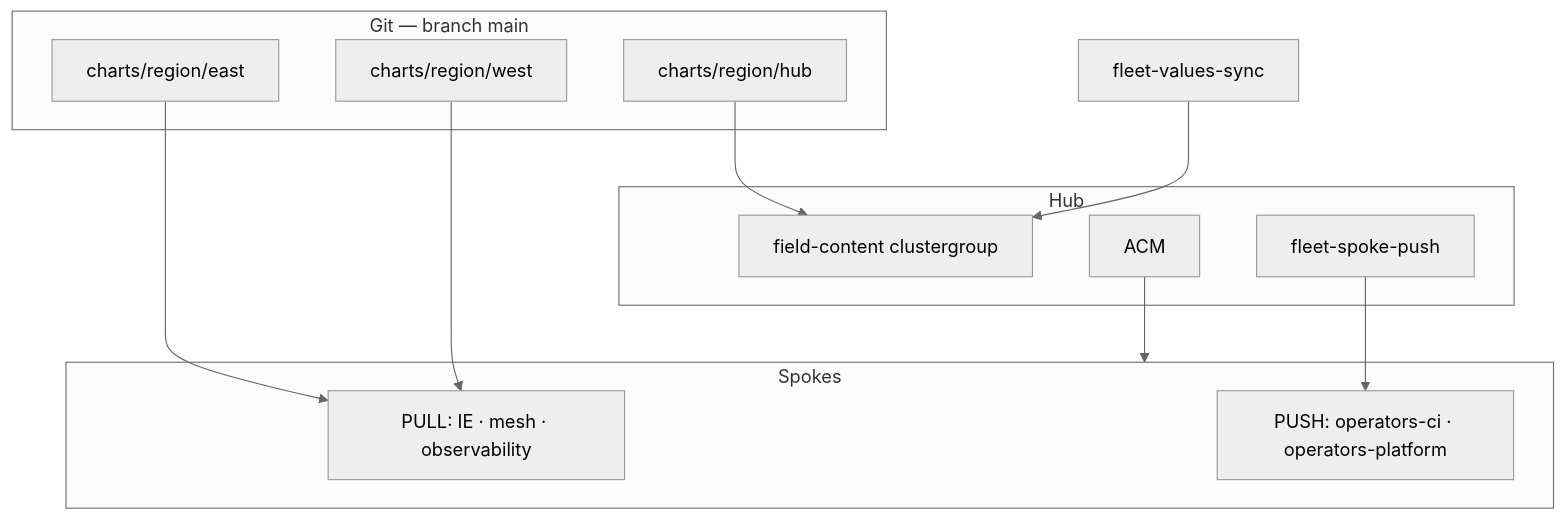
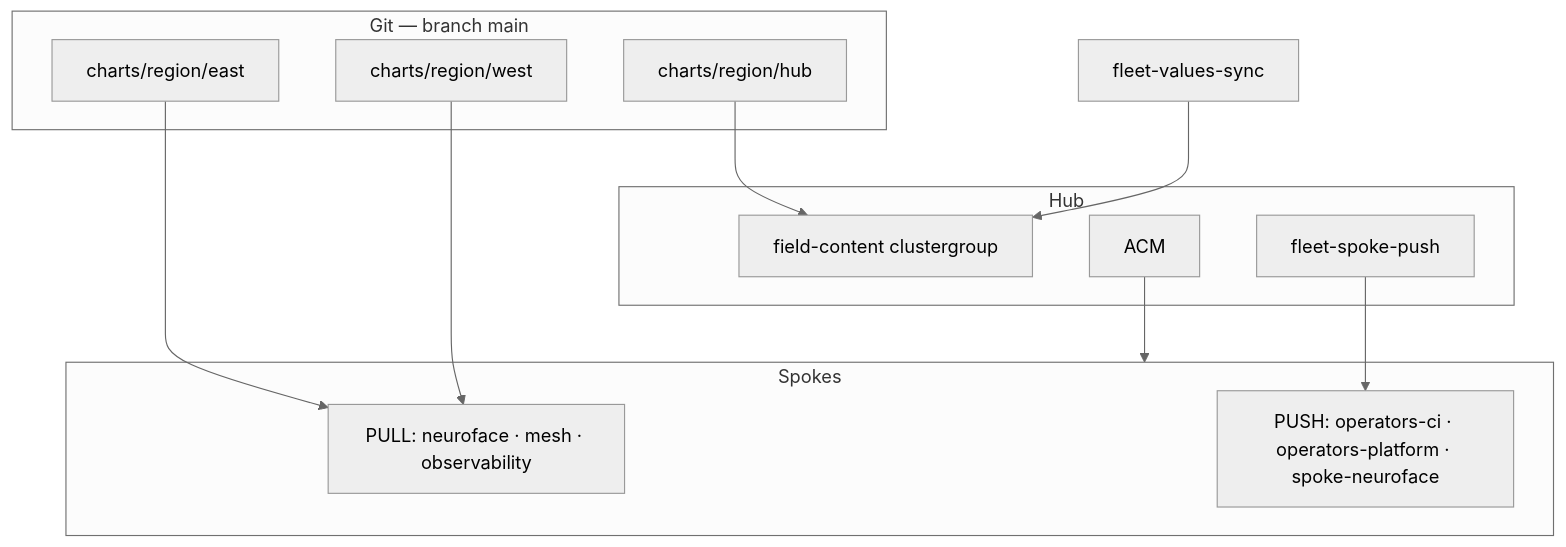
The diagram in README.md (maximilianoPizarro/hybrid-mesh-platform), drawn with Mermaid (neutral theme) before and after one commit. The commit also changed other lines of this file and 16 other files, not shown here.

````diff
--- a/README.md
+++ b/README.md
@@ -31,23 +32,23 @@
 ```mermaid
 flowchart TB
   subgraph git["Git — branch main"]
     H["charts/region/hub"]
     E["charts/region/east"]
     W["charts/region/west"]
   end
   subgraph hub["Hub"]
     FC[field-content clustergroup]
     AS[fleet-spoke-push]
     ACM[ACM]
   end
   subgraph spokes["Spokes"]
-    PULL[PULL: IE · mesh · observability]
-    PUSH[PUSH: operators-ci · operators-platform]
+    PULL[PULL: neuroface · mesh · observability]
+    PUSH[PUSH: operators-ci · operators-platform · spoke-neuroface]
   end
   H --> FC
   E --> PULL
   W --> PULL
   AS --> PUSH
   ACM --> spokes
   FVS[fleet-values-sync] --> FC
 ```
````
